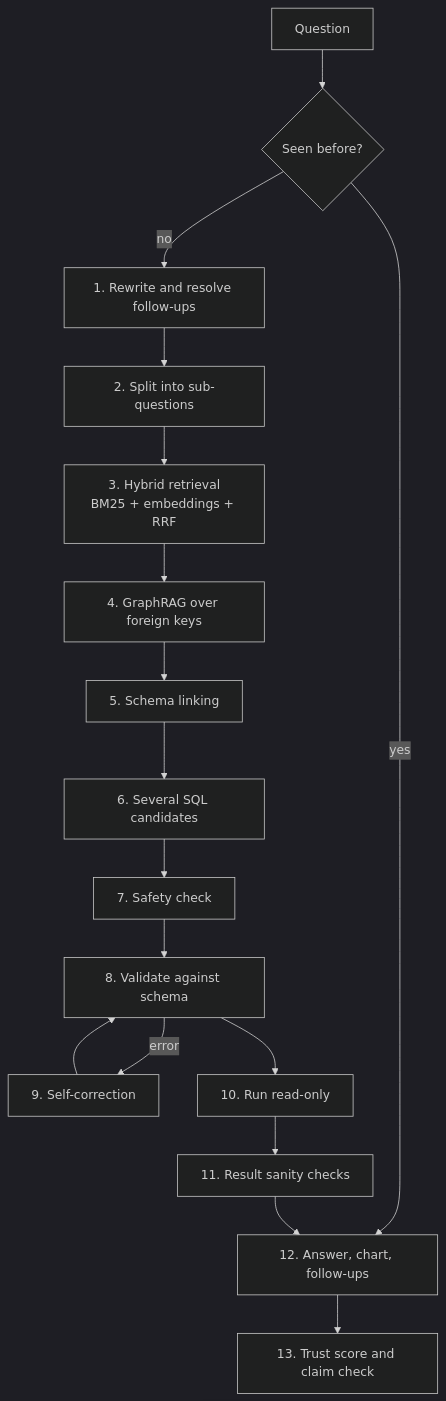
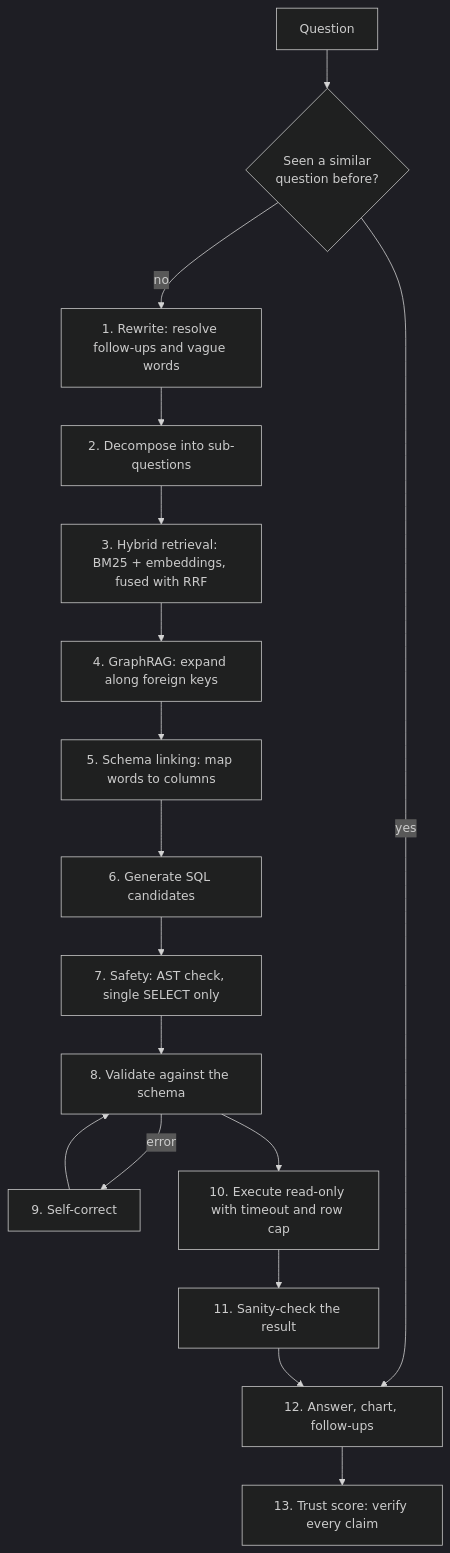
The second of 2 diagrams in README.md (anchalrajput25/InsightX), drawn with Mermaid (dark theme) before and after one commit. The commit also changed other lines of this file and 2 other files, not shown here.

Commit message:
Rewrite README: problem, architecture, benchmarks, example workflow, engineering highlights

````diff
--- a/README.md
+++ b/README.md
@@ -102,19 +189,19 @@
 ```mermaid
 flowchart TD
-    Q[Question] --> C{Seen before?}
-    C -->|yes| ANS
-    C -->|no| RW[1. Rewrite and resolve follow-ups]
-    RW --> DC[2. Split into sub-questions]
-    DC --> HR[3. Hybrid retrieval<br/>BM25 + embeddings + RRF]
-    HR --> GR[4. GraphRAG over foreign keys]
-    GR --> SL[5. Schema linking]
-    SL --> GEN[6. Several SQL candidates]
-    GEN --> SF[7. Safety check]
-    SF --> VAL[8. Validate against schema]
-    VAL -->|error| FIX[9. Self-correction]
-    FIX --> VAL
-    VAL --> EX[10. Run read-only]
-    EX --> RV[11. Result sanity checks]
-    RV --> ANS[12. Answer, chart, follow-ups]
-    ANS --> TR[13. Trust score and claim check]
+    Q[Question] --> C{Seen a similar<br/>question before?}
+    C -->|yes| OUT
+    C -->|no| S1[1. Rewrite: resolve follow-ups and vague words]
+    S1 --> S2[2. Decompose into sub-questions]
+    S2 --> S3[3. Hybrid retrieval: BM25 + embeddings, fused with RRF]
+    S3 --> S4[4. GraphRAG: expand along foreign keys]
+    S4 --> S5[5. Schema linking: map words to columns]
+    S5 --> S6[6. Generate SQL candidates]
+    S6 --> S7[7. Safety: AST check, single SELECT only]
+    S7 --> S8[8. Validate against the schema]
+    S8 -->|error| S9[9. Self-correct]
+    S9 --> S8
+    S8 --> S10[10. Execute read-only with timeout and row cap]
+    S10 --> S11[11. Sanity-check the result]
+    S11 --> OUT[12. Answer, chart, follow-ups]
+    OUT --> S13[13. Trust score: verify every claim]
 ```
````
